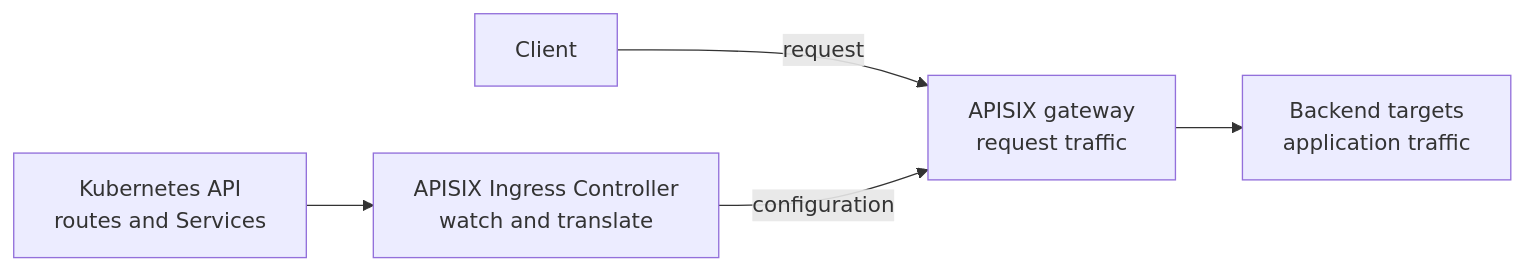
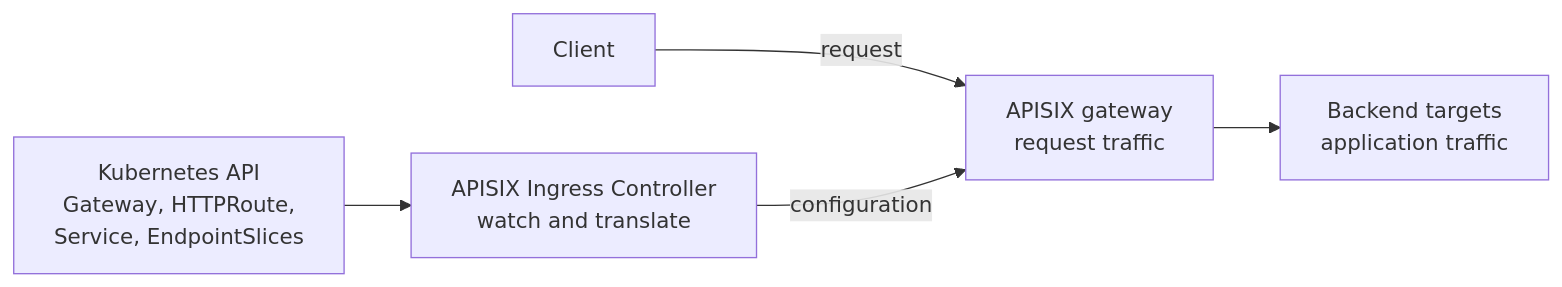
The second of 2 diagrams in knowledge/kubernetes/applications-and-tools/apache-apisix.md (David-A18/MY-humble-knowledge-for-everyone), drawn with Mermaid before and after one commit. The commit also changed other lines of this file and 6 other files, not shown here.

Commit message:
Clarify APISIX gateway introduction and key-auth flow

````diff
--- a/knowledge/kubernetes/applications-and-tools/apache-apisix.md
+++ b/knowledge/kubernetes/applications-and-tools/apache-apisix.md
@@ -90,7 +146,7 @@
 ```mermaid
 flowchart LR
   client["Client"] -->|"request"| apisix["APISIX gateway<br/>request traffic"]
   apisix --> backend["Backend targets<br/>application traffic"]
-  k8s["Kubernetes API<br/>routes and Services"] --> controller["APISIX Ingress Controller<br/>watch and translate"]
+  k8s["Kubernetes API<br/>Gateway, HTTPRoute,<br/>Service, EndpointSlices"] --> controller["APISIX Ingress Controller<br/>watch and translate"]
   controller -->|"configuration"| apisix
 ```
````
